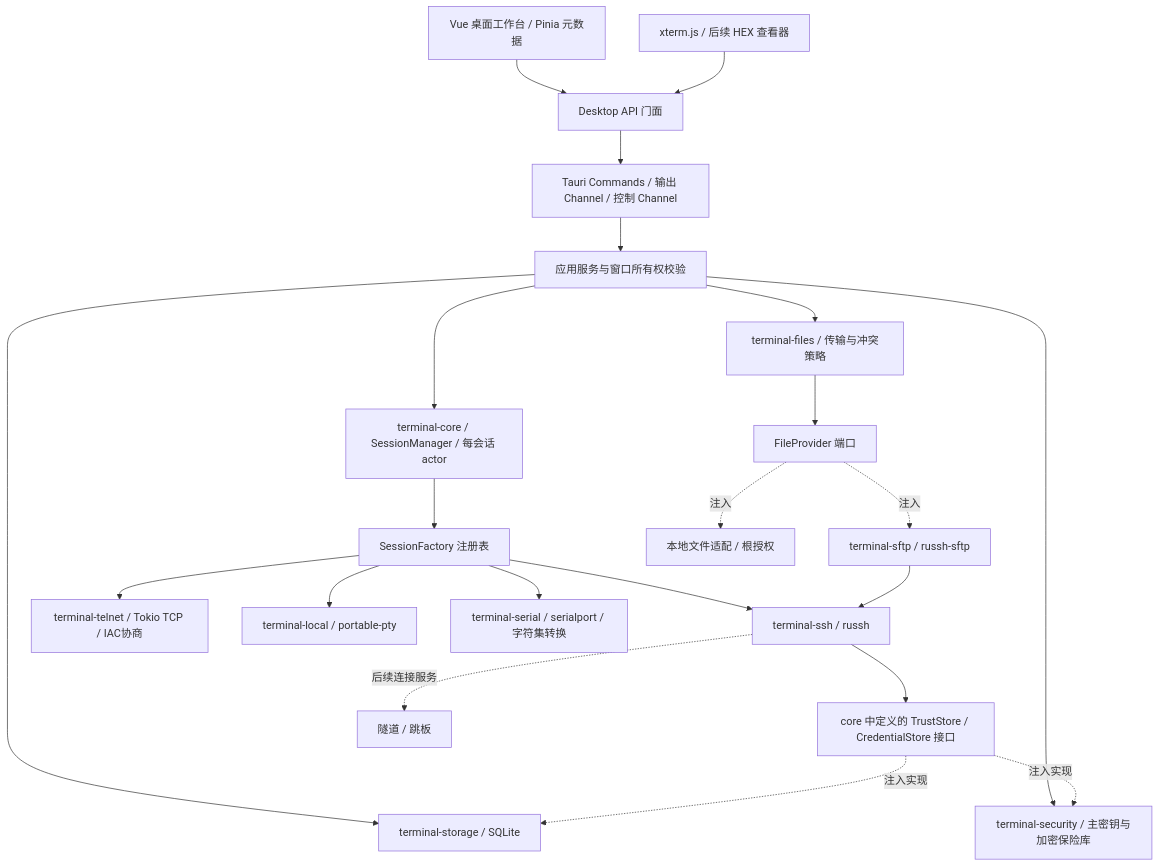
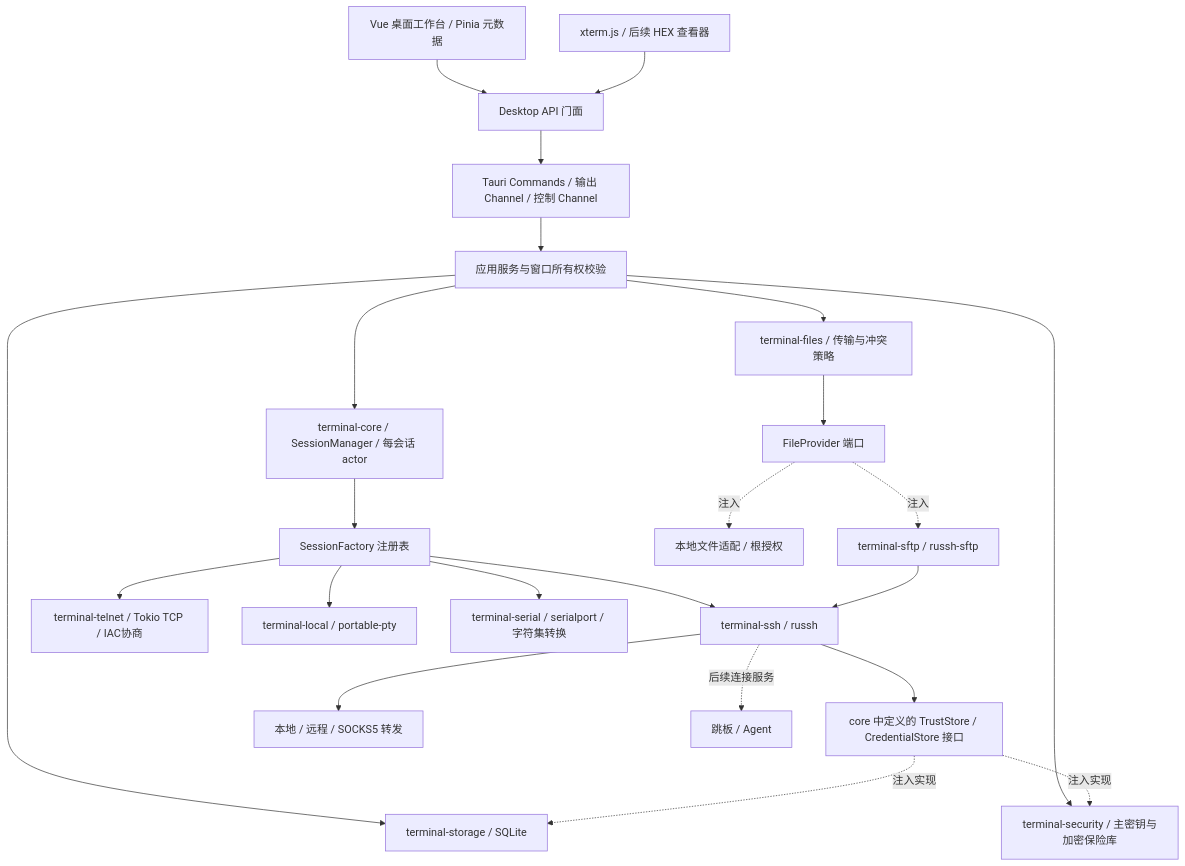
Before and after one commit to h3110w0r1d-y/termeta: the diagram in docs/03-architecture.md, drawn with Mermaid. The commit also changed other lines of this file and 47 other files, not shown here.

````diff
--- a/docs/03-architecture.md
+++ b/docs/03-architecture.md
@@ -7,24 +7,25 @@
 ```mermaid
 flowchart TB
   UI[Vue 桌面工作台 / Pinia 元数据] --> Bridge[Desktop API 门面]
   Terminal[xterm.js / 后续 HEX 查看器] --> Bridge
   Bridge --> IPC[Tauri Commands / 输出 Channel / 控制 Channel]
   IPC --> App[应用服务与窗口所有权校验]
   App --> Core[terminal-core / SessionManager / 每会话 actor]
   Core --> Factory[SessionFactory 注册表]
   Factory --> SSH[terminal-ssh / russh]
   Factory --> Telnet[terminal-telnet / Tokio TCP / IAC协商]
   Factory --> Local[terminal-local / portable-pty]
   Factory --> Serial[terminal-serial / serialport / 字符集转换]
   App --> Store[terminal-storage / SQLite]
   App --> Security[terminal-security / 主密钥与加密保险库]
   SSH --> Ports[core 中定义的 TrustStore / CredentialStore 接口]
   Ports -. 注入实现 .-> Store
   Ports -. 注入实现 .-> Security
   App --> Files[terminal-files / 传输与冲突策略]
   Files --> Providers[FileProvider 端口]
   Providers -. 注入 .-> Sftp[terminal-sftp / russh-sftp]
   Providers -. 注入 .-> LocalFiles[本地文件适配 / 根授权]
   Sftp --> SSH
-  SSH -. 后续连接服务 .-> Extra[隧道 / 跳板]
+  SSH --> Forward[本地 / 远程 / SOCKS5 转发]
+  SSH -. 后续连接服务 .-> Extra[跳板 / Agent]
 ```
````
